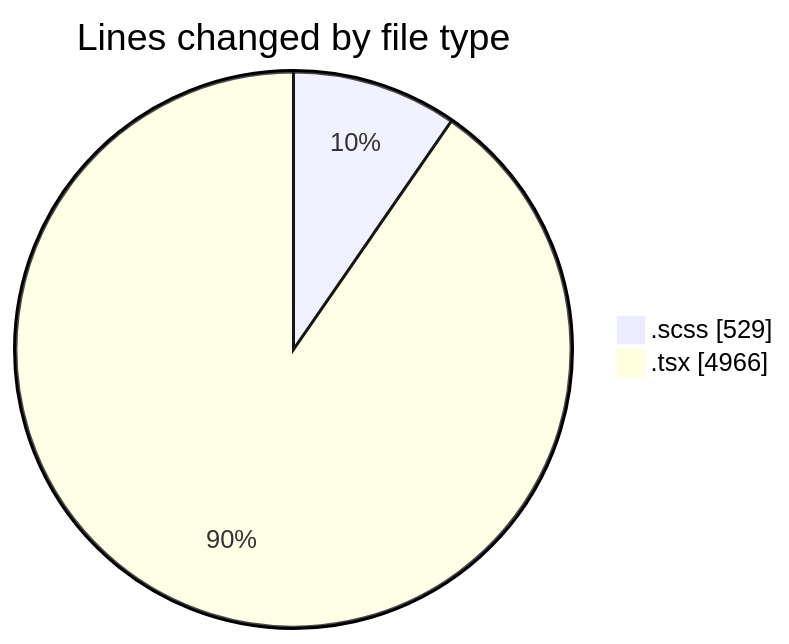
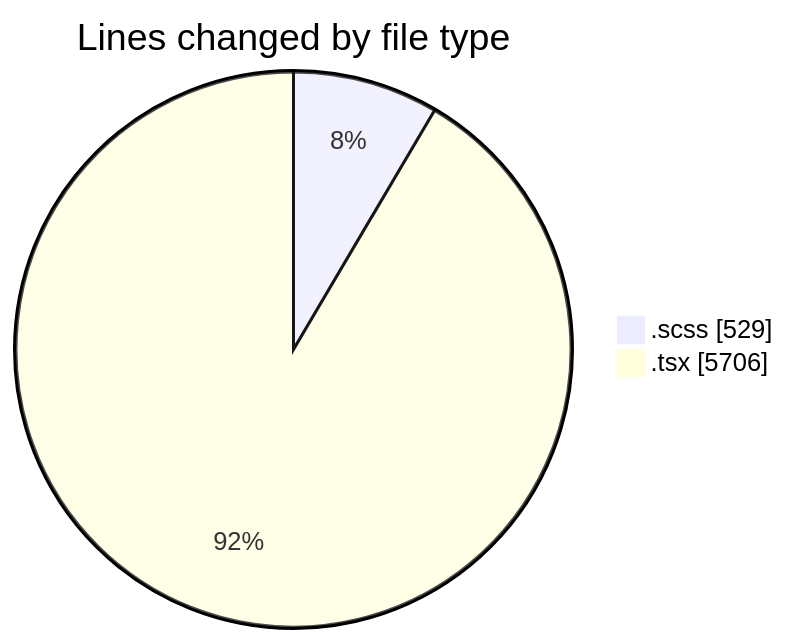
The first of 2 diagrams in 2025-08-28/cda/README.md (momahboobian/code-tracking), drawn with Mermaid before and after one commit. The commit also changed other lines of this file and 1 other file, not shown here.

````diff
--- a/2025-08-28/cda/README.md
+++ b/2025-08-28/cda/README.md
@@ -29,6 +29,6 @@
 ```mermaid
 pie showData
 title Lines changed by file type
 ".scss" : 529
-".tsx" : 4966
+".tsx" : 5706
 ```
````
